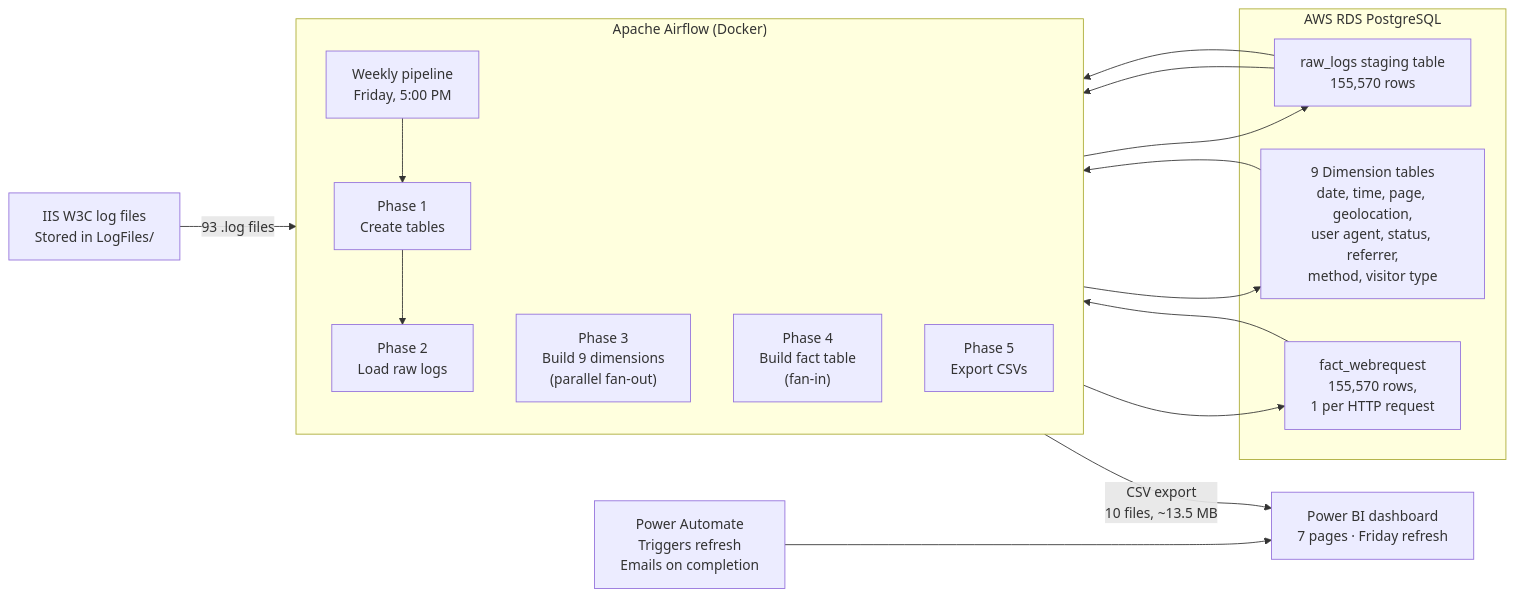
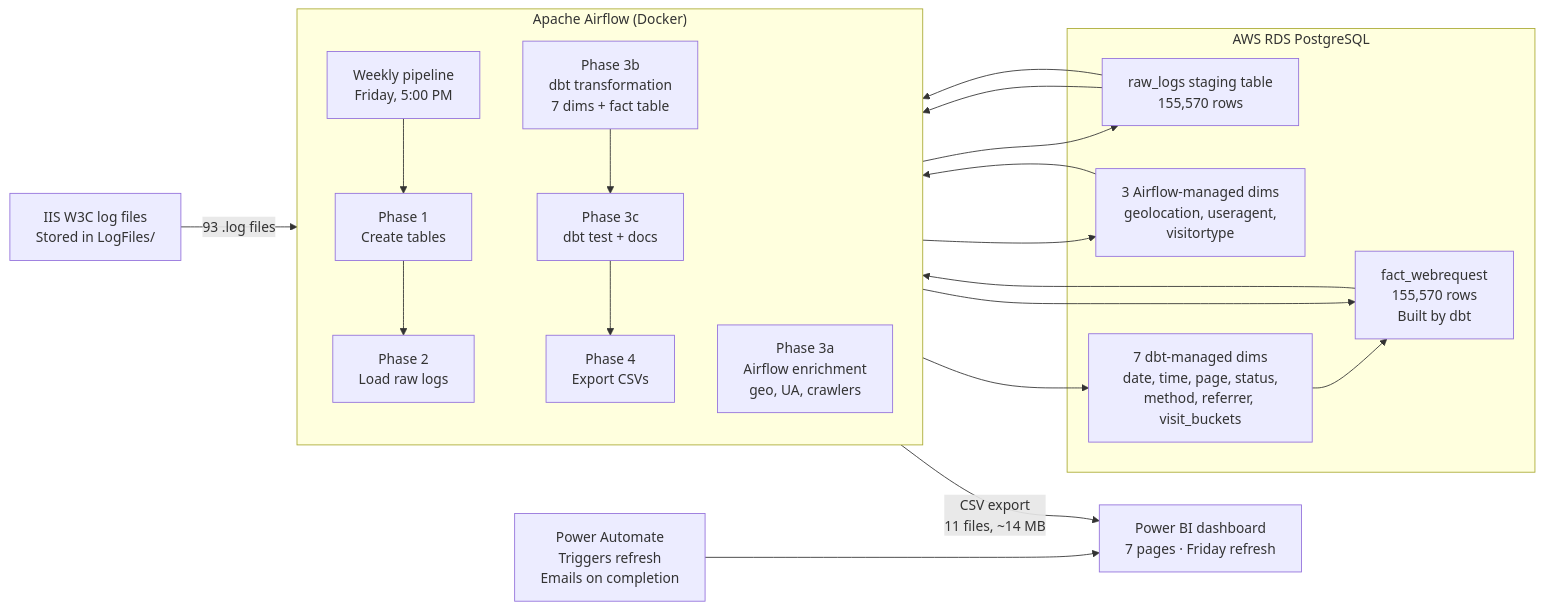
One commit to AhmedIkram05/w3c-etl-pipeline changed the first of 10 diagrams in README.md. Above: the diagram before and after it, drawn with Mermaid. The commit also changed other lines of this file and 2 other files, not shown here.

Commit message:
Update README and diagrams for dbt integration and pipeline architecture

````diff
--- a/README.md
+++ b/README.md
@@ -73,30 +75,37 @@
 ```mermaid
 flowchart LR
     source["IIS W3C log files<br/>Stored in LogFiles/"]
     
     subgraph airflow["Apache Airflow (Docker)"]
         direction TB
         dag["Weekly pipeline<br/>Friday, 5:00 PM"]
         step1["Phase 1<br/>Create tables"]
         step2["Phase 2<br/>Load raw logs"]
-        step3["Phase 3<br/>Build 9 dimensions<br/>(parallel fan-out)"]
-        step4["Phase 4<br/>Build fact table<br/>(fan-in)"]
-        step5["Phase 5<br/>Export CSVs"]
+        step3["Phase 3a<br/>Airflow enrichment<br/>geo, UA, crawlers"]
+        step4["Phase 3b<br/>dbt transformation<br/>7 dims + fact table"]
+        step5["Phase 3c<br/>dbt test + docs"]
+        step6["Phase 4<br/>Export CSVs"]
     end
     
     subgraph warehouse["AWS RDS PostgreSQL"]
         raw["raw_logs staging table<br/>155,570 rows"]
-        dims["9 Dimension tables<br/>date, time, page, geolocation,<br/>user agent, status, referrer,<br/>method, visitor type"]
-        fact["fact_webrequest<br/>155,570 rows,<br/>1 per HTTP request"]
+        dims["3 Airflow-managed dims<br/>geolocation, useragent,<br/>visitortype"]
+        dbt_dims["7 dbt-managed dims<br/>date, time, page, status,<br/>method, referrer, visit_buckets"]
+        fact["fact_webrequest<br/>155,570 rows<br/>Built by dbt"]
     end
     
     powerbi["Power BI dashboard<br/>7 pages · Friday refresh"]
     automation["Power Automate<br/>Triggers refresh<br/>Emails on completion"]
 
     source -->|93 .log files| dag --> step1 --> step2 --> raw
     raw --> step3 --> dims
-    raw --> step4 --> fact
+    raw --> step4
     dims --> step4
-    fact --> step5 -->|CSV export<br/>10 files, ~13.5 MB| powerbi
+    step4 --> dbt_dims
+    step4 --> fact
+    dbt_dims --> fact
+    step4 --> step5
+    step5 --> step6
+    fact --> step6 -->|CSV export<br/>11 files, ~14 MB| powerbi
     automation --> powerbi
 ```
````
